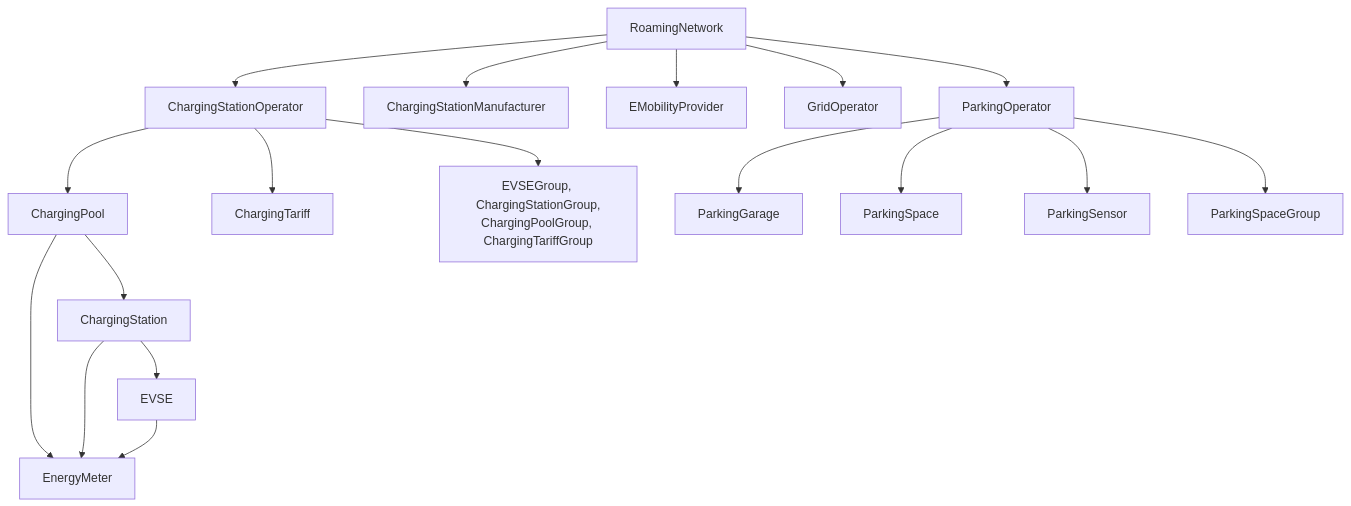
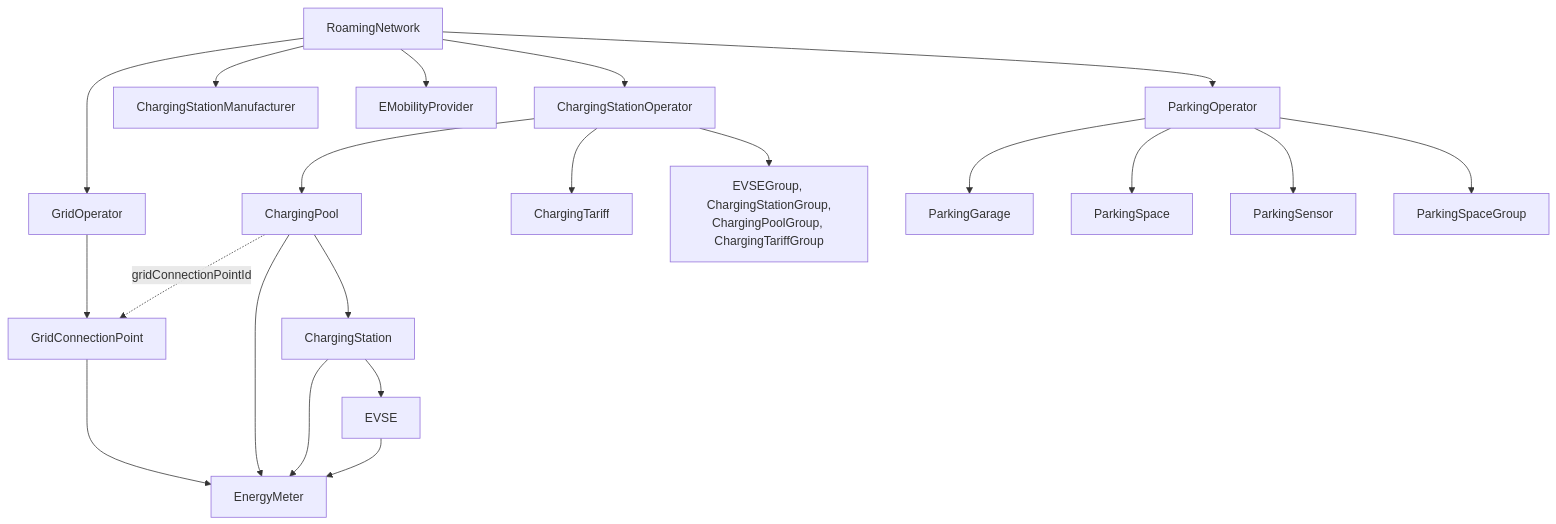
Before and after one commit to OpenChargingCloud/WWCP_POI: the diagram in docs/README.md, drawn with Mermaid. The commit also changed other lines of this file and 21 other files, not shown here.

First line of the commit message:
POI3 grid connection points belong to their grid operators, each maintained by one party

````diff
--- a/docs/README.md
+++ b/docs/README.md
@@ -13,20 +13,23 @@
 ```mermaid
 flowchart TD
     RoamingNetwork --> ChargingStationOperator
     RoamingNetwork --> ChargingStationManufacturer
     RoamingNetwork --> EMobilityProvider
     RoamingNetwork --> GridOperator
     RoamingNetwork --> ParkingOperator
+    GridOperator --> GridConnectionPoint
+    GridConnectionPoint --> EnergyMeter
+    ChargingPool -. gridConnectionPointId .-> GridConnectionPoint
     ChargingStationOperator --> ChargingPool
     ChargingStationOperator --> ChargingTariff
     ChargingStationOperator --> Groups["EVSEGroup, ChargingStationGroup,<br/>ChargingPoolGroup, ChargingTariffGroup"]
     ChargingPool --> ChargingStation
     ChargingStation --> EVSE
     ChargingPool --> EnergyMeter
     ChargingStation --> EnergyMeter
     EVSE --> EnergyMeter
     ParkingOperator --> ParkingGarage
     ParkingOperator --> ParkingSpace
     ParkingOperator --> ParkingSensor
     ParkingOperator --> ParkingSpaceGroup
 ```
````
